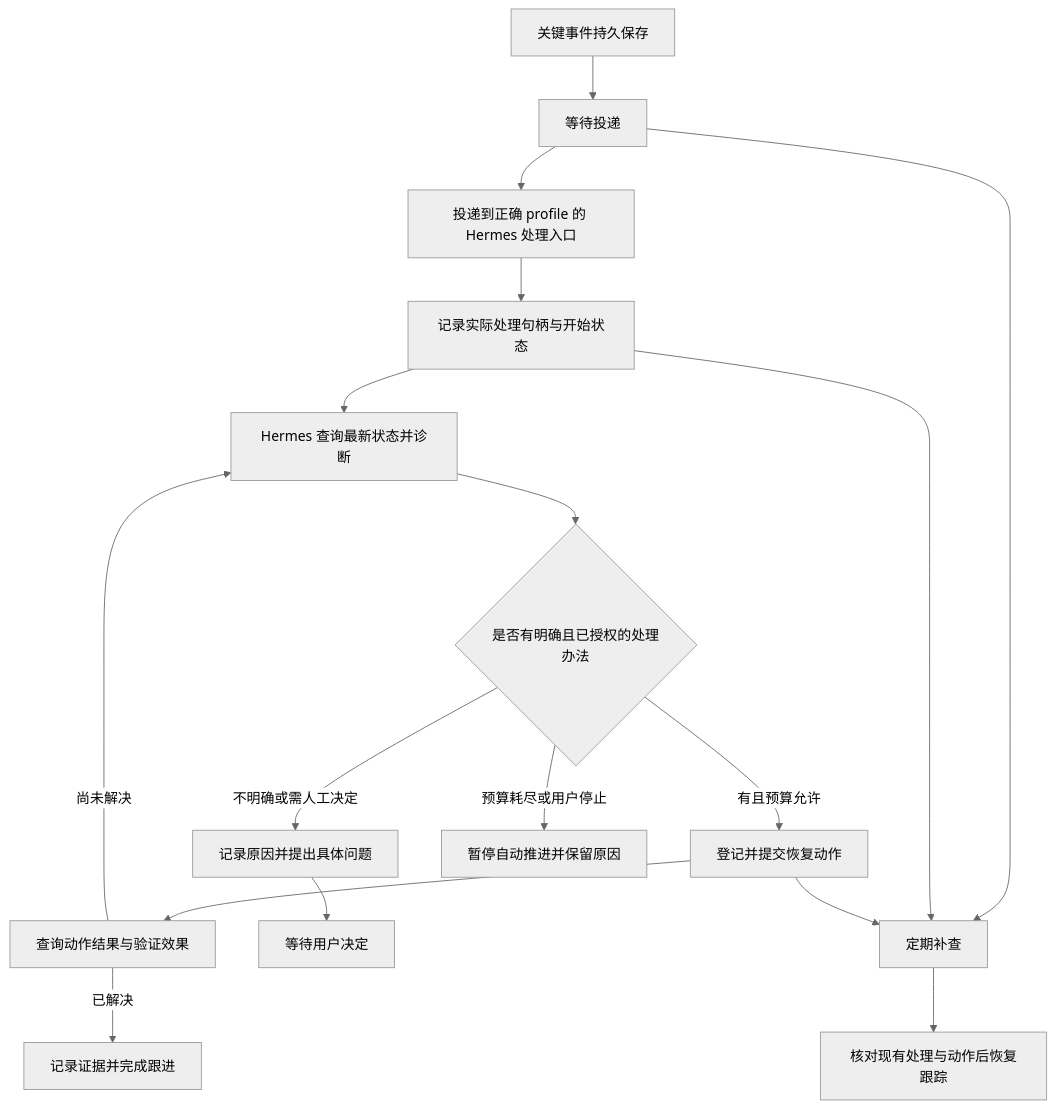
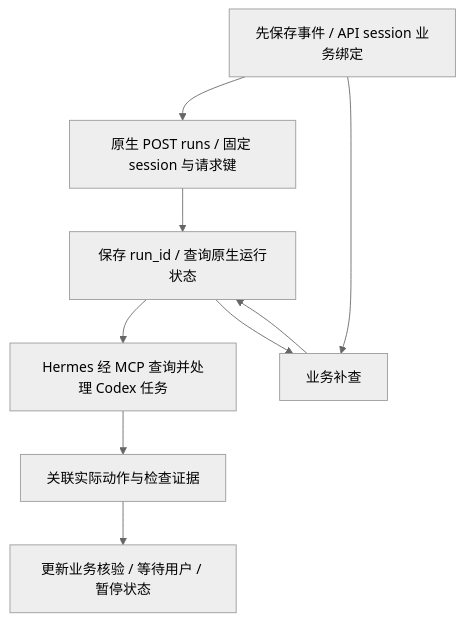
The fourth of 4 diagrams in docs/详细实现方案.md (LiuSphere/dots-lite), drawn with Mermaid (neutral theme) before and after one commit. The commit also changed other lines of this file and 142 other files, not shown here.

````diff
--- a/docs/详细实现方案.md
+++ b/docs/详细实现方案.md
@@ -423,19 +523,11 @@
 ```mermaid
 flowchart TD
-    E[关键事件持久保存] --> Q[等待投递]
-    Q --> H[投递到正确 profile 的 Hermes 处理入口]
-    H --> R[记录实际处理句柄与开始状态]
-    R --> D[Hermes 查询最新状态并诊断]
-    D --> A{是否有明确且已授权的处理办法}
-    A -->|有且预算允许| X[登记并提交恢复动作]
-    X --> V[查询动作结果与验证效果]
-    V -->|已解决| C[记录证据并完成跟进]
-    V -->|尚未解决| D
-    A -->|不明确或需人工决定| U[记录原因并提出具体问题]
-    U --> W[等待用户决定]
-    A -->|预算耗尽或用户停止| P[暂停自动推进并保留原因]
-    Q --> S[定期补查]
+    E[先保存事件 / API session 业务绑定] --> H[原生 POST runs / 固定 session 与请求键]
+    H --> R[保存 run_id / 查询原生运行状态]
+    R --> D[Hermes 经 MCP 查询并处理 Codex 任务]
+    D --> V[关联实际动作与检查证据]
+    V --> C[更新业务核验 / 等待用户 / 暂停状态]
+    E --> S[业务补查]
     R --> S
-    X --> S
-    S --> N[核对现有处理与动作后恢复跟踪]
+    S --> R
 ```
````
